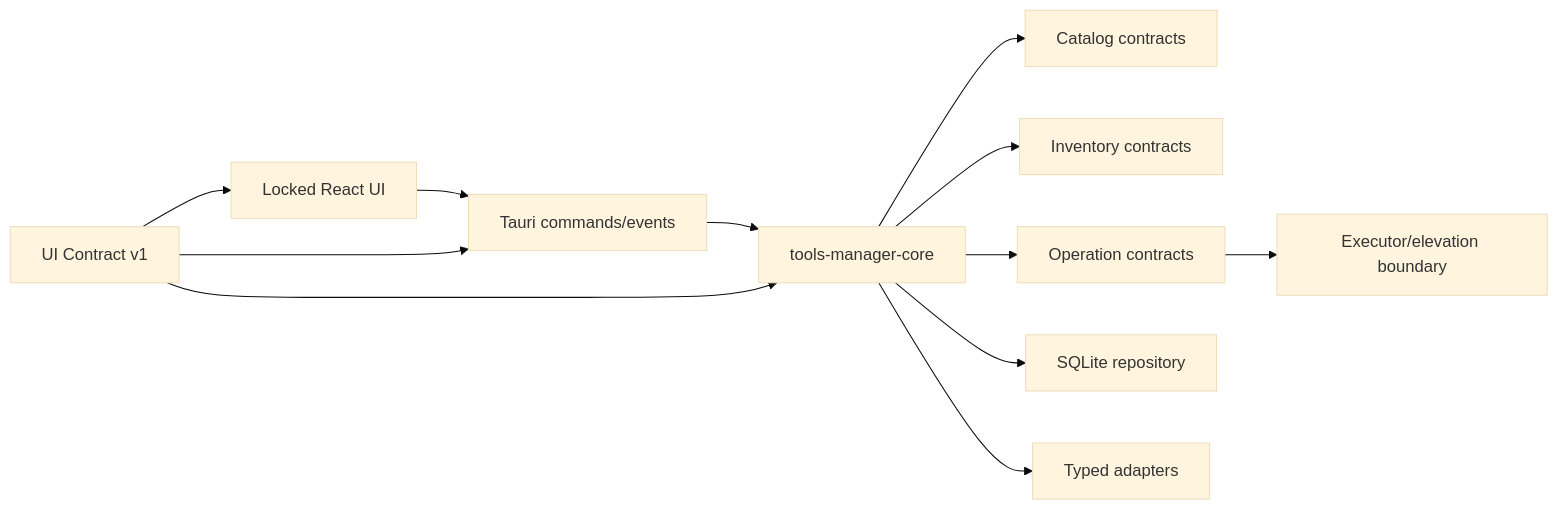
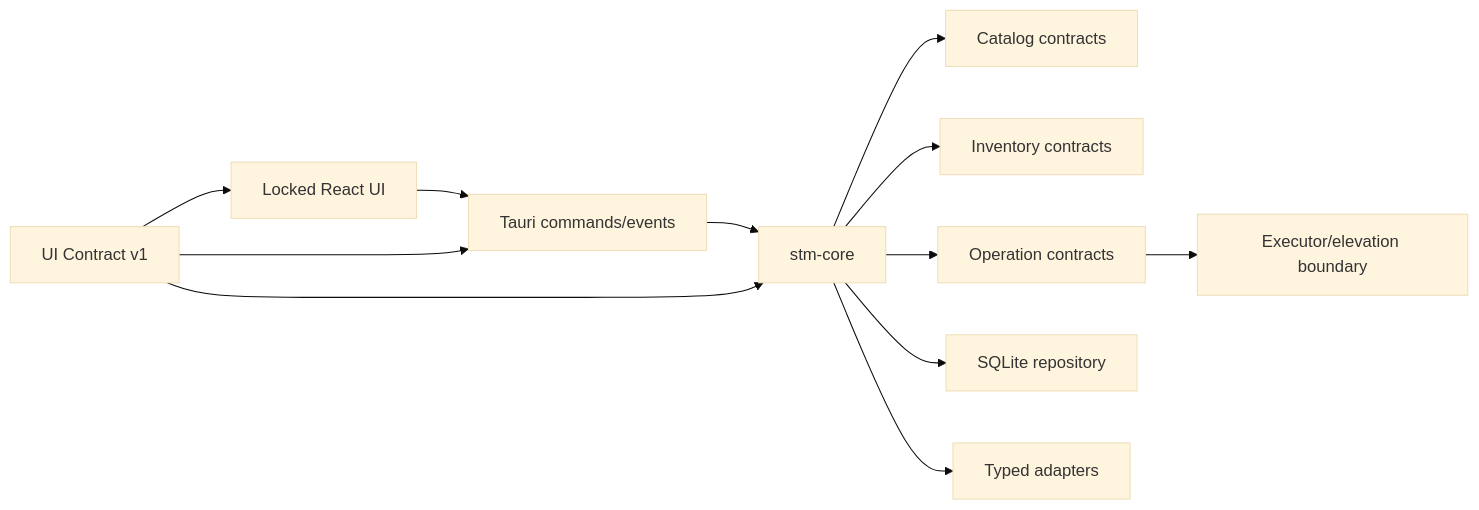
One commit to itsddvn/stm changed the diagram in plans/260820-1901-tools-manager-mvp-implementation/phase-02-foundation-contracts-and-feasibility.md. Above: the diagram before and after it, drawn with Mermaid (base theme). The commit also changed other lines of this file and 172 other files, not shown here.

````diff
--- a/plans/260820-1901-tools-manager-mvp-implementation/phase-02-foundation-contracts-and-feasibility.md
+++ b/plans/260820-1901-tools-manager-mvp-implementation/phase-02-foundation-contracts-and-feasibility.md
@@ -50,14 +50,14 @@
 ```mermaid
 flowchart LR
     UI[Locked React UI] --> IPC[Tauri commands/events]
-    IPC --> CORE[tools-manager-core]
+    IPC --> CORE[stm-core]
     CORE --> CAT[Catalog contracts]
     CORE --> INV[Inventory contracts]
     CORE --> PLAN[Operation contracts]
     CORE --> STORE[SQLite repository]
     CORE --> ADAPT[Typed adapters]
     PLAN --> EXEC[Executor/elevation boundary]
     CONTRACT[UI Contract v1] --> UI
     CONTRACT --> IPC
     CONTRACT --> CORE
 ```
````
